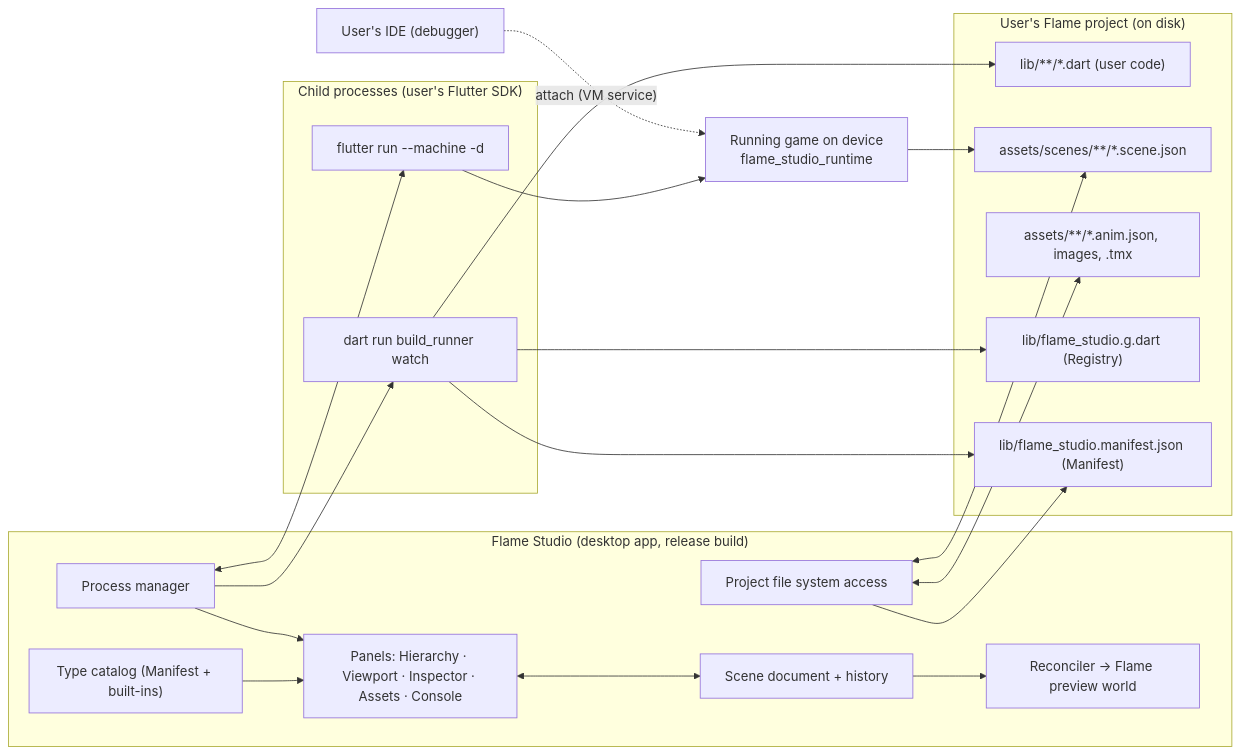
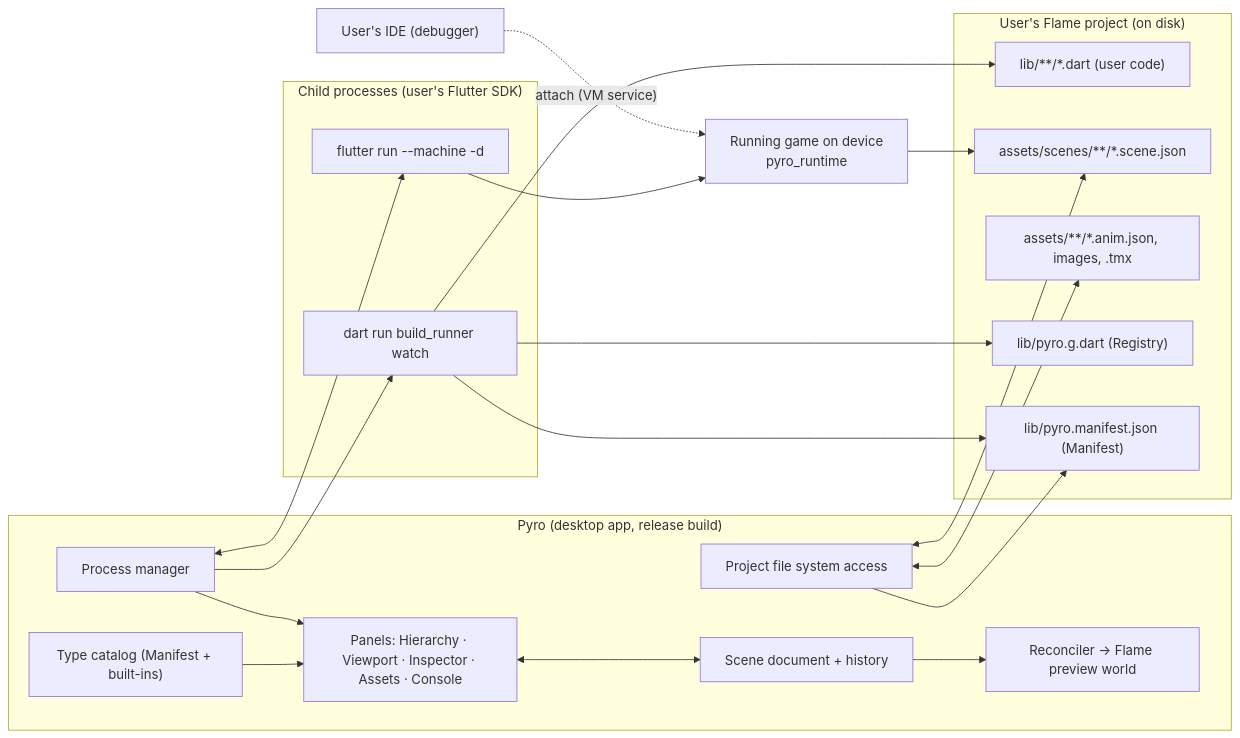
The first of 2 diagrams in docs/project-plan.md (salah-rashad/flame_studio), drawn with Mermaid before and after one commit. The commit also changed other lines of this file and 487 other files, not shown here.

First line of the commit message:
chore: rename Flame Studio to Pyro (Q86)

````diff
--- a/docs/project-plan.md
+++ b/docs/project-plan.md
@@ -125,43 +125,43 @@
 ```mermaid
 flowchart LR
-  subgraph Studio["Flame Studio (desktop app, release build)"]
+  subgraph Pyro["Pyro (desktop app, release build)"]
     UI["Panels: Hierarchy · Viewport · Inspector · Assets · Console"]
     DOC["Scene document + history"]
     REC["Reconciler → Flame preview world"]
     TC["Type catalog (Manifest + built-ins)"]
     PM["Process manager"]
     FS["Project file system access"]
     UI <--> DOC
     DOC --> REC
     TC --> UI
     PM --> UI
   end
 
   subgraph Project["User's Flame project (on disk)"]
     SRC["lib/**/*.dart (user code)"]
     SCN["assets/scenes/**/*.scene.json"]
     ANIM["assets/**/*.anim.json, images, .tmx"]
-    GEN["lib/flame_studio.g.dart (Registry)"]
-    MAN["lib/flame_studio.manifest.json (Manifest)"]
+    GEN["lib/pyro.g.dart (Registry)"]
+    MAN["lib/pyro.manifest.json (Manifest)"]
   end
 
   subgraph Children["Child processes (user's Flutter SDK)"]
     BR["dart run build_runner watch"]
     FR["flutter run --machine -d <device>"]
   end
 
   IDE["User's IDE (debugger)"]
-  GAME["Running game on device<br/>flame_studio_runtime"]
+  GAME["Running game on device<br/>pyro_runtime"]
 
   FS <--> SCN
   FS <--> ANIM
   FS --> MAN
   PM --> BR
   PM <--> FR
   BR --> SRC
   BR --> GEN
   BR --> MAN
   FR --> GAME
   IDE -. attach (VM service) .-> GAME
   GAME --> SCN
 ```
````
